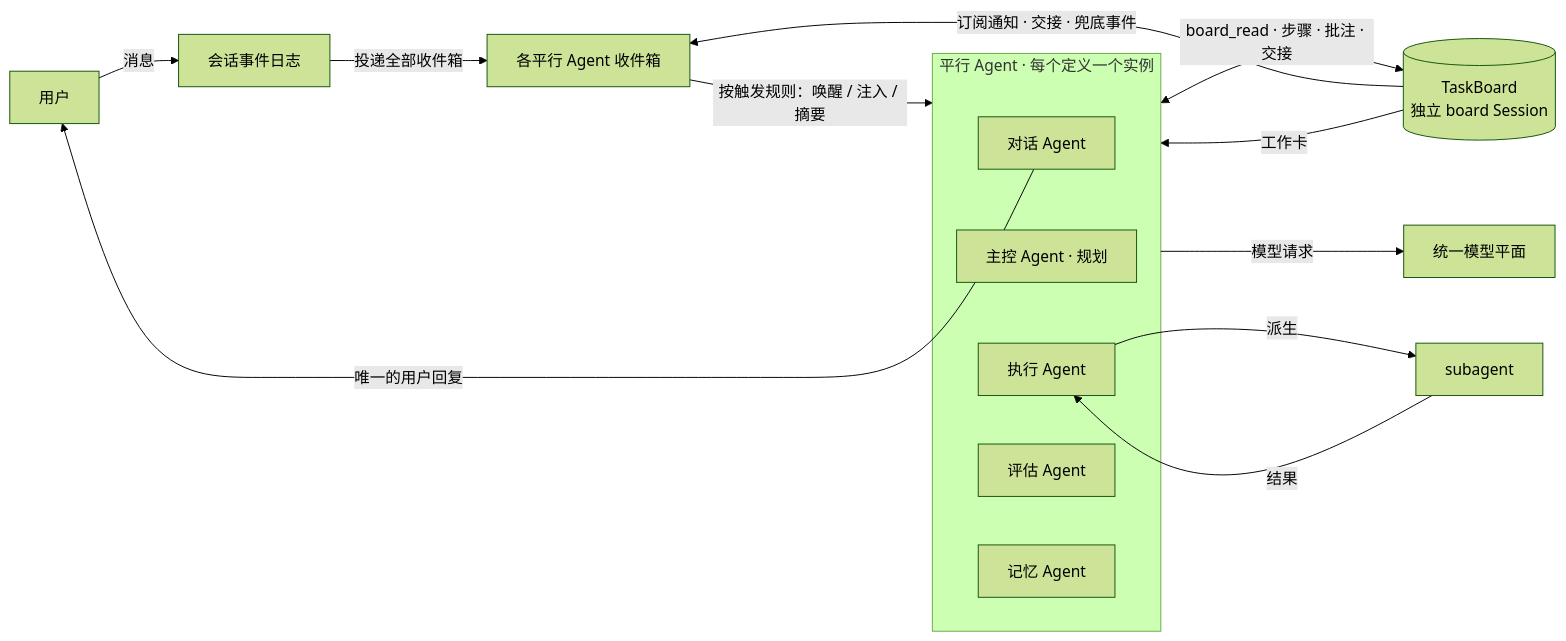
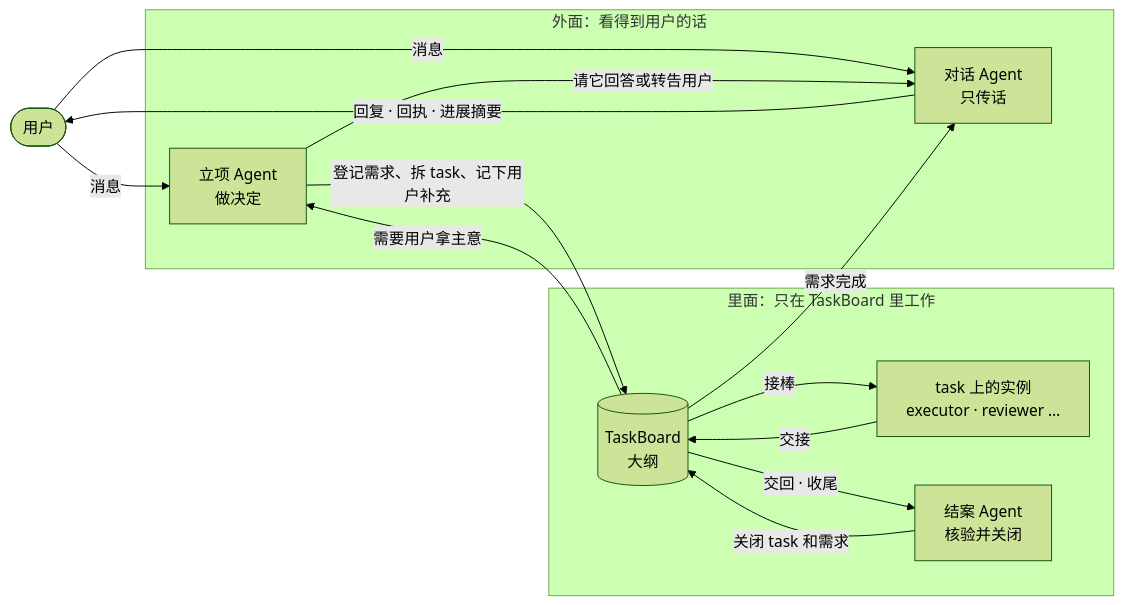
The first of 7 diagrams in docs/proposals/parallel-agents-taskboard.md (HoldThatThgt/mori), drawn with Mermaid (forest theme) before and after one commit. The commit also changed other lines of this file and 4 other files, not shown here.

````diff
--- a/docs/proposals/parallel-agents-taskboard.md
+++ b/docs/proposals/parallel-agents-taskboard.md
@@ -137,20 +35,24 @@
 ```mermaid
 flowchart LR
-    U[用户] -->|消息| EV[会话事件日志]
-    EV -->|投递全部收件箱| IN[各平行 Agent 收件箱]
-    IN -->|按触发规则：唤醒 / 注入 / 摘要| AG
-    subgraph AG[平行 Agent · 每个定义一个实例]
-        C[对话 Agent]
-        M[主控 Agent · 规划]
-        E[执行 Agent]
-        R[评估 Agent]
-        MEM[记忆 Agent]
+    U([用户])
+    subgraph OUT[外面：看得到用户的话]
+        D[对话 Agent<br/>只传话]
+        PL[立项 Agent<br/>做决定]
     end
-    AG <-->|board_read · 步骤 · 批注 · 交接| TB[(TaskBoard<br/>独立 board Session)]
-    TB -->|订阅通知 · 交接 · 兜底事件| IN
-    TB -->|工作卡| AG
-    E -->|派生| S[subagent]
-    S -->|结果| E
-    C -->|唯一的用户回复| U
-    AG -->|模型请求| MP[统一模型平面]
+    subgraph IN[里面：只在 TaskBoard 里工作]
+        TB[(TaskBoard<br/>大纲)]
+        W[task 上的实例<br/>executor · reviewer …]
+        CL[结案 Agent<br/>核验并关闭]
+    end
+    U -->|消息| D
+    U -->|消息| PL
+    D -->|回复 · 回执 · 进展摘要| U
+    PL -->|登记需求、拆 task、记下用户补充| TB
+    PL -->|请它回答或转告用户| D
+    TB -->|接棒| W
+    W -->|交接| TB
+    TB -->|交回 · 收尾| CL
+    CL -->|关闭 task 和需求| TB
+    TB -->|需要用户拿主意| PL
+    TB -->|需求完成| D
 ```
````
